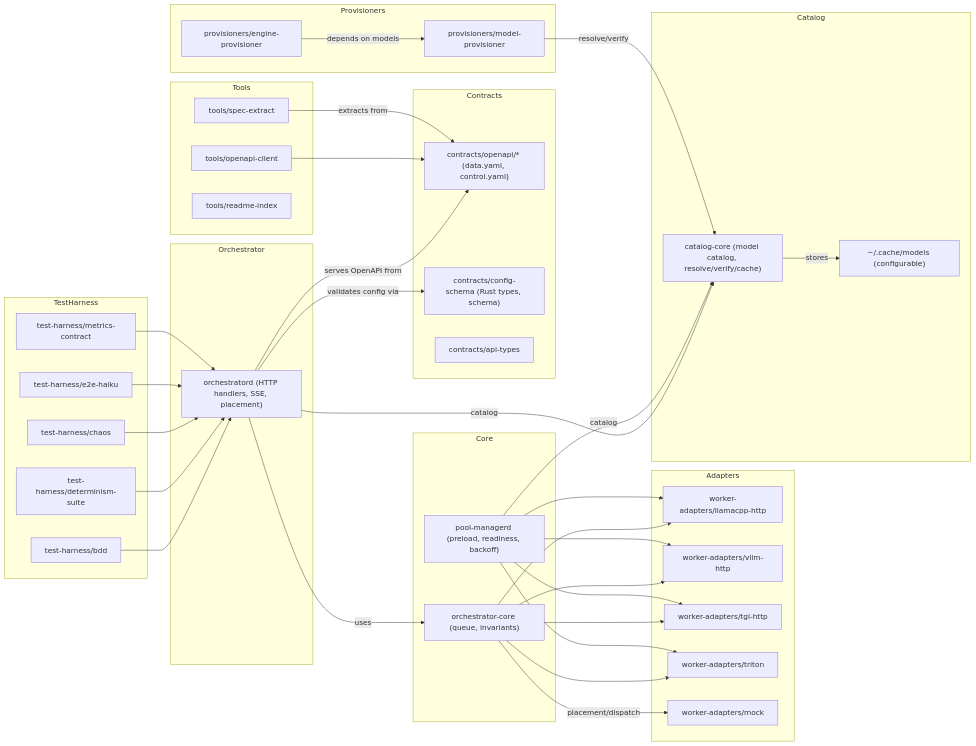
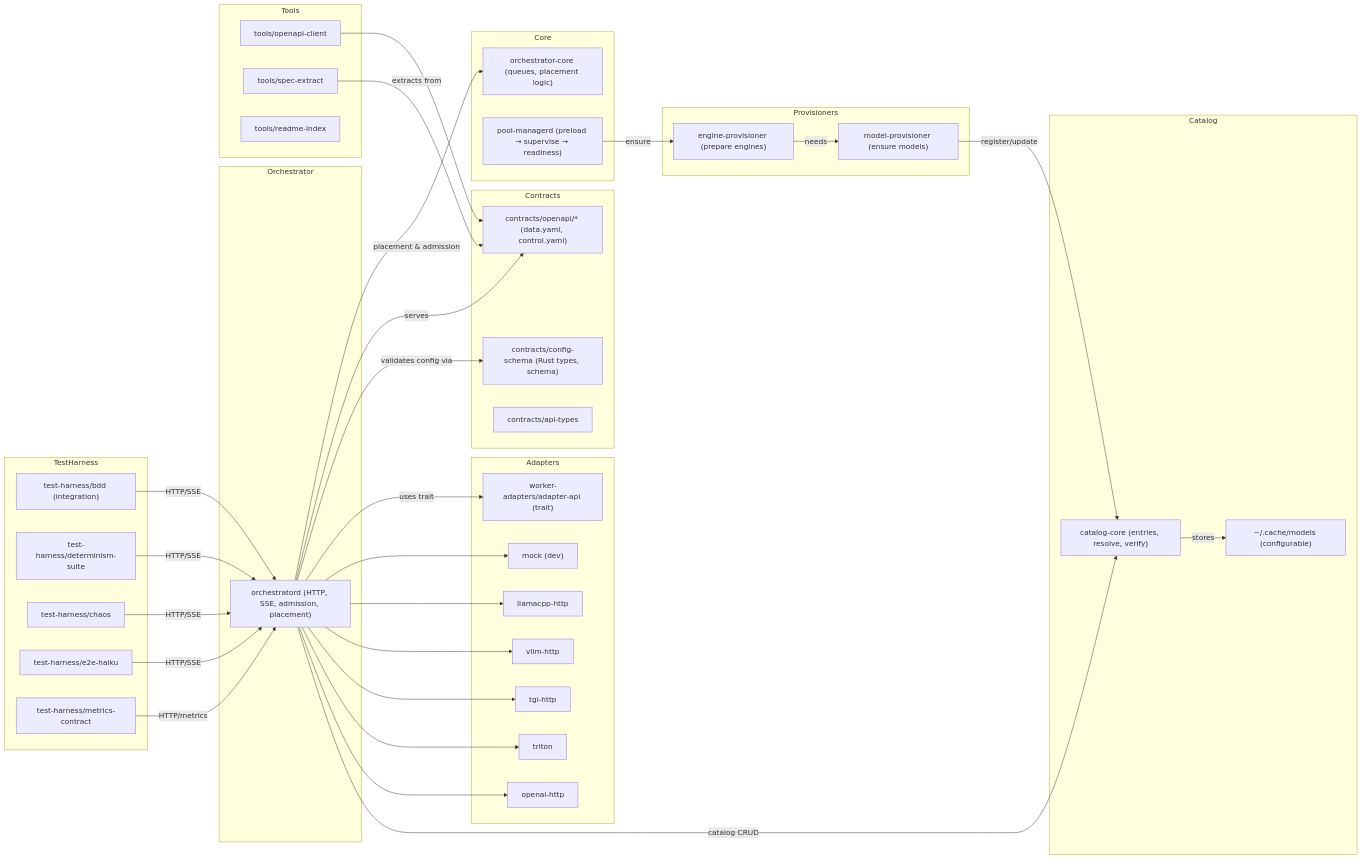
One commit to veighnsche/llama-orch changed the first of 4 diagrams in README.md. Above: the diagram before and after it, drawn with Mermaid. The commit also changed other lines of this file, not shown here.

Commit message:
docs: add component diagrams showing crate boundaries and control/data flows

````diff
--- a/README.md
+++ b/README.md
@@ -41,5 +45,6 @@
 ```mermaid
 graph LR
+  %% Contracts are the source of truth
   subgraph Contracts
     contracts_openapi["contracts/openapi/* (data.yaml, control.yaml)"]
     contracts_schema["contracts/config-schema (Rust types, schema)"]
@@ -47,29 +52,32 @@
   end
 
   subgraph Core
-    orch_core["orchestrator-core (queue, invariants)"]
-    pool_mgr["pool-managerd (preload, readiness, backoff)"]
+    orch_core["orchestrator-core (queues, placement logic)"]
+    pool_mgr["pool-managerd (preload → supervise → readiness)"]
   end
 
   subgraph Orchestrator
-    orchd["orchestratord (HTTP handlers, SSE, placement)"]
+    orchd["orchestratord (HTTP, SSE, admission, placement)"]
   end
 
   subgraph Adapters
-    adapt_llama["worker-adapters/llamacpp-http"]
-    adapt_vllm["worker-adapters/vllm-http"]
-    adapt_tgi["worker-adapters/tgi-http"]
-    adapt_triton["worker-adapters/triton"]
-    adapt_mock["worker-adapters/mock"]
+    adapter_api["worker-adapters/adapter-api (trait)"]
+    adapt_llama["llamacpp-http"]
+    adapt_vllm["vllm-http"]
+    adapt_tgi["tgi-http"]
+    adapt_triton["triton"]
+    adapt_openai["openai-http"]
+    adapt_mock["mock (dev)"]
   end
 
+  subgraph Provisioners
+    engine_prov["engine-provisioner (prepare engines)"]
+    model_prov["model-provisioner (ensure models)"]
+  end
 
-  subgraph TestHarness
-    th_bdd["test-harness/bdd"]
-    th_det["test-harness/determinism-suite"]
-    th_chaos["test-harness/chaos"]
-    th_haiku["test-harness/e2e-haiku"]
-    th_metrics["test-harness/metrics-contract"]
+  subgraph Catalog
+    catalog_core["catalog-core (entries, resolve, verify)"]
+    model_cache["~/.cache/models (configurable)"]
   end
 
   subgraph Tools
@@ -78,39 +86,42 @@
     tool_readme["tools/readme-index"]
   end
 
-  subgraph Catalog
-    catalog_core["catalog-core (model catalog, resolve/verify/cache)"]
-    model_cache["~/.cache/models (configurable)"]
+  subgraph TestHarness
+    th_bdd["test-harness/bdd (integration)"]
+    th_det["test-harness/determinism-suite"]
+    th_chaos["test-harness/chaos"]
+    th_haiku["test-harness/e2e-haiku"]
+    th_metrics["test-harness/metrics-contract"]
   end
 
-  subgraph Provisioners
-    engine_prov["provisioners/engine-provisioner"]
-    model_prov["provisioners/model-provisioner"]
-  end
+  %% Orchestrator uses core + adapters; serves contracts
+  orchd -->|placement & admission| orch_core
+  orchd -->|serves| contracts_openapi
+  orchd -->|validates config via| contracts_schema
+  orchd -->|uses trait| adapter_api
 
-  %% wiring
-  orchd -->|uses| orch_core
-  orchd -->|serves OpenAPI from| contracts_openapi
-  orchd -->|validates config via| contracts_schema
-  orch_core -->|placement/dispatch| adapt_mock
-  orch_core --> adapt_llama
-  orch_core --> adapt_vllm
-  orch_core --> adapt_tgi
-  orch_core --> adapt_triton
-  pool_mgr --> adapt_llama
-  pool_mgr --> adapt_vllm
-  pool_mgr --> adapt_tgi
-  pool_mgr --> adapt_triton
-  orchd -->|catalog| catalog_core
-  pool_mgr -->|catalog| catalog_core
-  model_prov -->|resolve/verify| catalog_core
-  engine_prov -->|depends on models| model_prov
+  %% Adapters are plugged under orchestrator (not core)
+  orchd --> adapt_mock
+  orchd --> adapt_llama
+  orchd --> adapt_vllm
+  orchd --> adapt_tgi
+  orchd --> adapt_triton
+  orchd --> adapt_openai
+
+  %% Manager prepares engines; publishes readiness to orchestrator
+  pool_mgr -->|ensure| engine_prov
+  engine_prov -->|needs| model_prov
+  model_prov -->|register/update| catalog_core
   catalog_core -->|stores| model_cache
-  th_bdd --> orchd
-  th_det --> orchd
-  th_chaos --> orchd
-  th_haiku --> orchd
-  th_metrics --> orchd
+  orchd -->|catalog CRUD| catalog_core
+
+  %% Outer harnesses only hit the HTTP boundary
+  th_bdd -->|HTTP/SSE| orchd
+  th_det -->|HTTP/SSE| orchd
+  th_chaos -->|HTTP/SSE| orchd
+  th_haiku -->|HTTP/SSE| orchd
+  th_metrics -->|HTTP/metrics| orchd
+
   tool_client --> contracts_openapi
   tool_spec -->|extracts from| contracts_openapi
 ```
````
